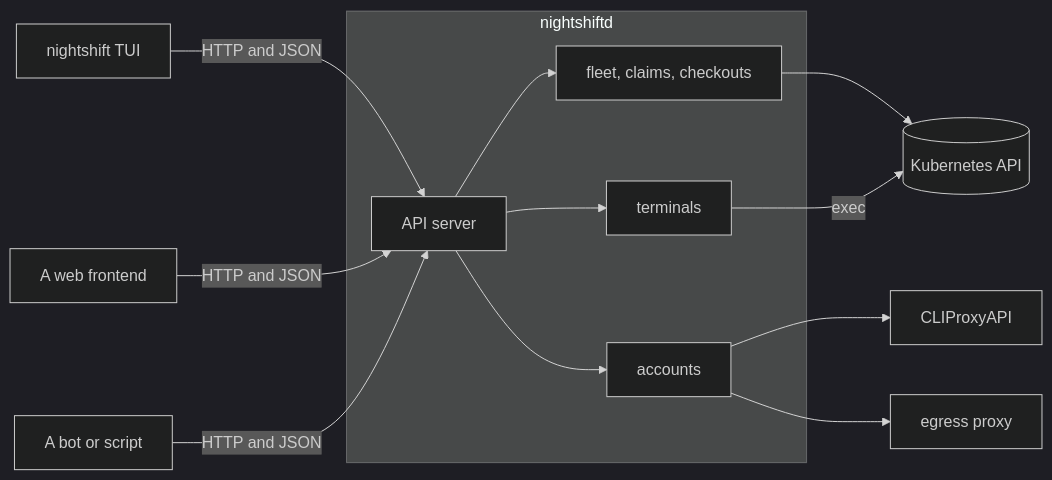
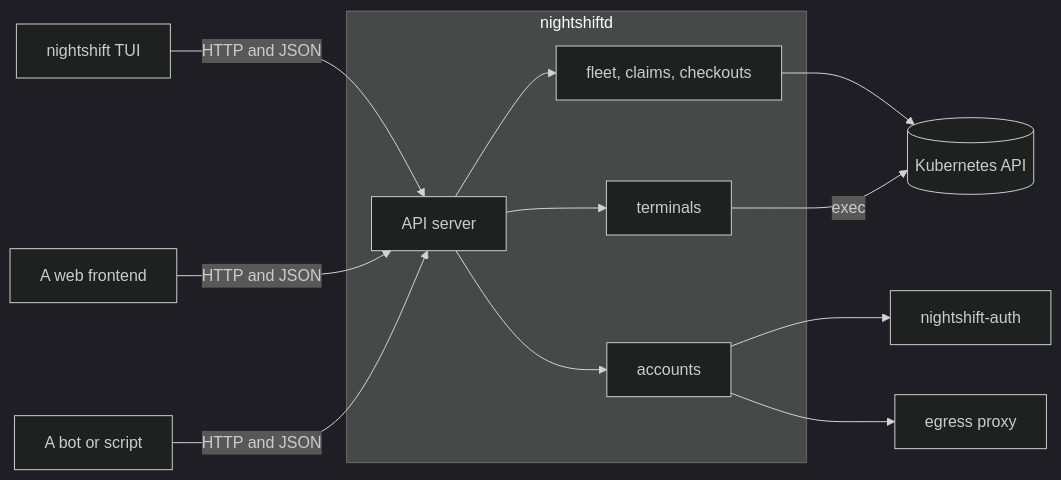
Before and after one commit to tmih06/nightshift: the first of 2 diagrams in docs/api.md, drawn with Mermaid (dark theme). The commit also changed other lines of this file and 100 other files, not shown here.

First line of the commit message:
feat!: add devin and the nightshift-auth service

````diff
--- a/docs/api.md
+++ b/docs/api.md
@@ -17,15 +17,15 @@
 ```mermaid
 flowchart LR
   TUI[nightshift TUI] -->|HTTP and JSON| API
   Web[A web frontend] -->|HTTP and JSON| API
   Bot[A bot or script] -->|HTTP and JSON| API
   subgraph Services[nightshiftd]
     API[API server] --> Fleet[fleet, claims, checkouts]
     API --> Terms[terminals]
     API --> Accts[accounts]
   end
   Fleet --> K8s[(Kubernetes API)]
   Terms -->|exec| K8s
-  Accts --> CPA[CLIProxyAPI]
+  Accts --> Auth[nightshift-auth]
   Accts --> Proxy[egress proxy]
 ```
````
